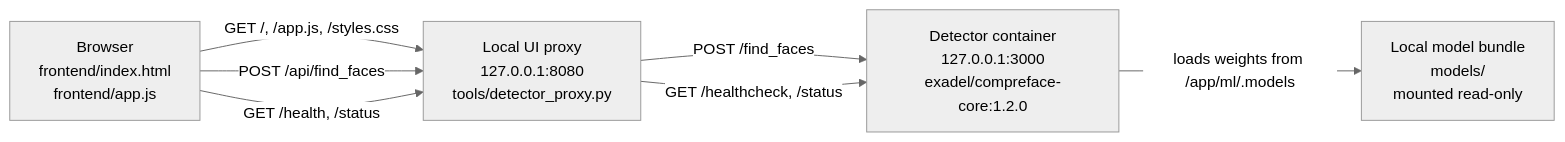
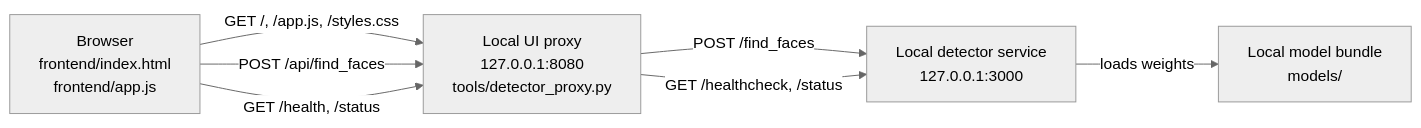
Before and after one commit to Dijo-404/FDX: the first of 2 diagrams in README.md, drawn with Mermaid (neutral theme). The commit also changed other lines of this file and 6 other files, not shown here.

````diff
--- a/README.md
+++ b/README.md
@@ -60,14 +57,14 @@
 ```mermaid
 flowchart LR
   browser["Browser\nfrontend/index.html\nfrontend/app.js"]
   proxy["Local UI proxy\n127.0.0.1:8080\ntools/detector_proxy.py"]
-  core["Detector container\n127.0.0.1:3000\nexadel/compreface-core:1.2.0"]
-  models["Local model bundle\nmodels/\nmounted read-only"]
+  core["Local detector service\n127.0.0.1:3000"]
+  models["Local model bundle\nmodels/"]
 
   browser -->|"GET /, /app.js, /styles.css"| proxy
   browser -->|"POST /api/find_faces"| proxy
   browser -->|"GET /health, /status"| proxy
   proxy -->|"POST /find_faces"| core
   proxy -->|"GET /healthcheck, /status"| core
-  core -->|"loads weights from /app/ml/.models"| models
+  core -->|"loads weights"| models
 ```
````
